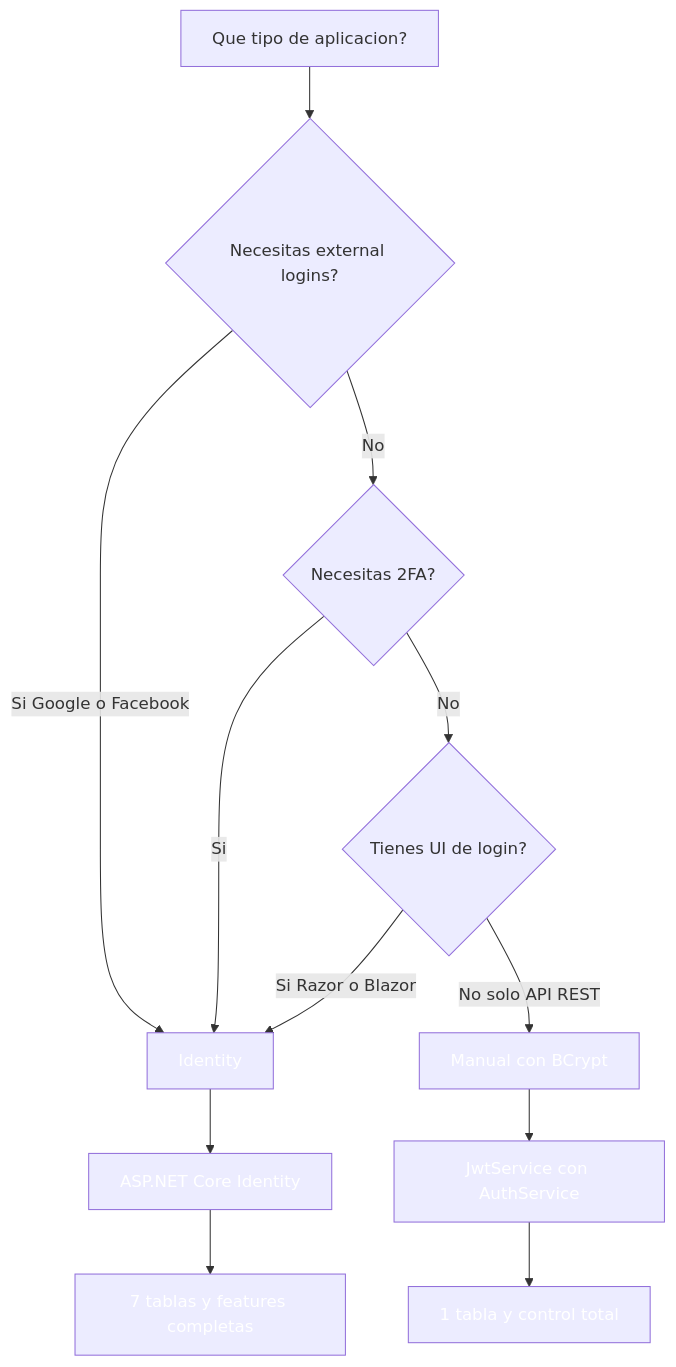
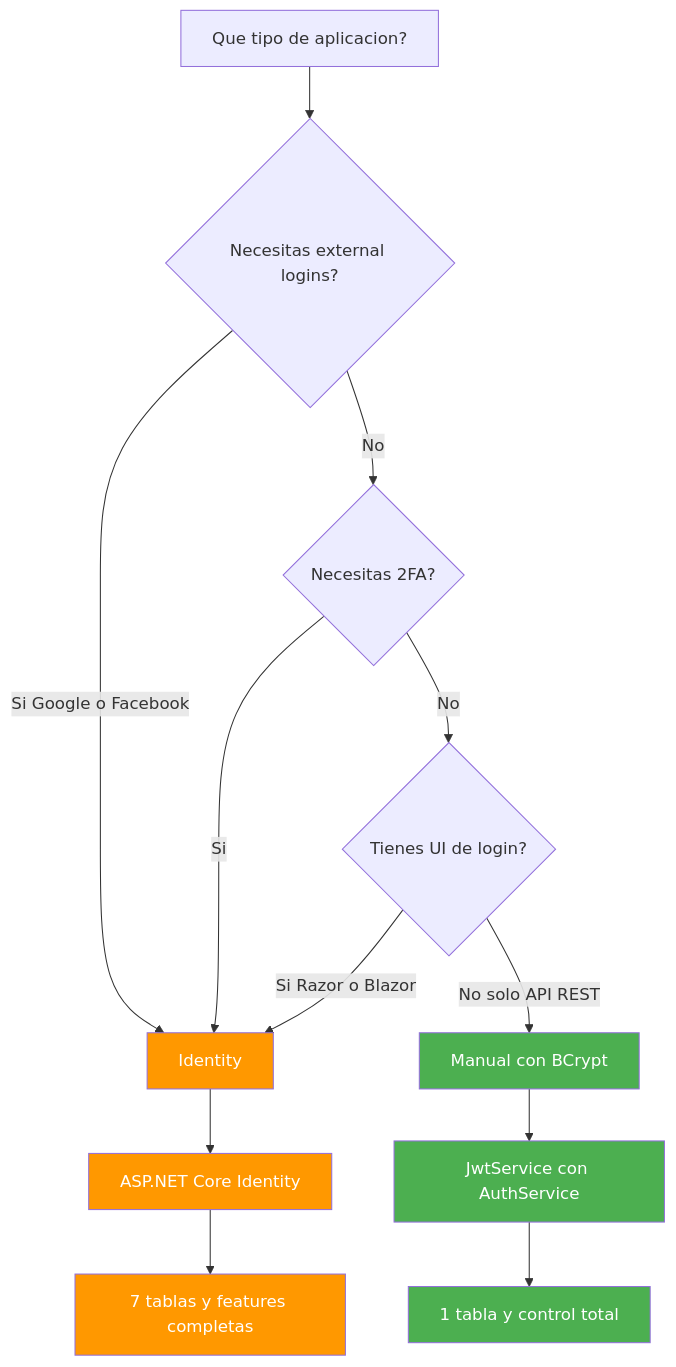
Diagram 15 of 15 in 16-autenticacion.md (joseluisgs/DesarrolloWebEntornosServidor-02-2026-2027), drawn with Mermaid before and after one commit. The commit also changed other lines of this file and 29 other files, not shown here.

Commit message:
docs: corregir estilos Mermaid y estilo, quitar referencias a la Tienda y reestructurar los retos 13 y 15

````diff
--- a/16-autenticacion.md
+++ b/16-autenticacion.md
@@ -1501,21 +1501,21 @@
 ```mermaid
 flowchart TD
     A[Que tipo de aplicacion?] --> B{Necesitas external logins?}
     B -->|Si Google o Facebook| C[Identity]
     B -->|No| D{Necesitas 2FA?}
     D -->|Si| C
     D -->|No| E{Tienes UI de login?}
     E -->|Si Razor o Blazor| C
     E -->|No solo API REST| F[Manual con BCrypt]
     C --> G[ASP.NET Core Identity]
     F --> H[JwtService con AuthService]
     G --> I[7 tablas y features completas]
     H --> J[1 tabla y control total]
 
-    style C fill:#FF980,color:#fff0,color:#fff
-    style F fill:#4CAF5,color:#fff0,color:#fff
-    style G fill:#FF980,color:#fff0,color:#fff
-    style H fill:#4CAF5,color:#fff0,color:#fff
-    style I fill:#FF980,color:#fff0,color:#fff
-    style J fill:#4CAF5,color:#fff0,color:#fff
+    style C fill:#FF9800,color:#fff
+    style F fill:#4CAF50,color:#fff
+    style G fill:#FF9800,color:#fff
+    style H fill:#4CAF50,color:#fff
+    style I fill:#FF9800,color:#fff
+    style J fill:#4CAF50,color:#fff
 ```
````
